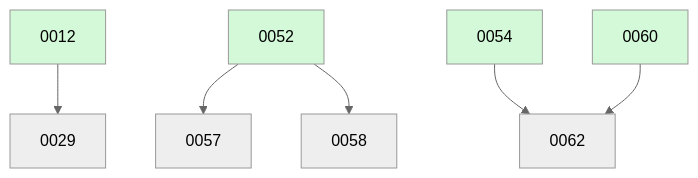
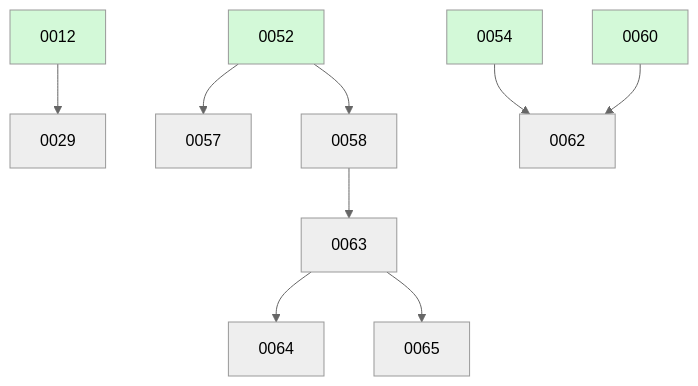
The diagram in docs/changes/BOARD.md (ethanhinson/fuse), drawn with Mermaid (neutral theme) before and after one commit. The commit also changed other lines of this file, not shown here.

````diff
--- a/docs/changes/BOARD.md
+++ b/docs/changes/BOARD.md
@@ -24,13 +27,16 @@
 ```mermaid
 graph TD
   0012 --> 0029
   0052 --> 0057
   0052 --> 0058
   0054 --> 0062
   0060 --> 0062
+  0058 --> 0063
+  0063 --> 0064
+  0063 --> 0065
   0012:::done
   0052:::done
   0054:::done
   0060:::done
   classDef done fill:#d3f9d8;
 ```
````
